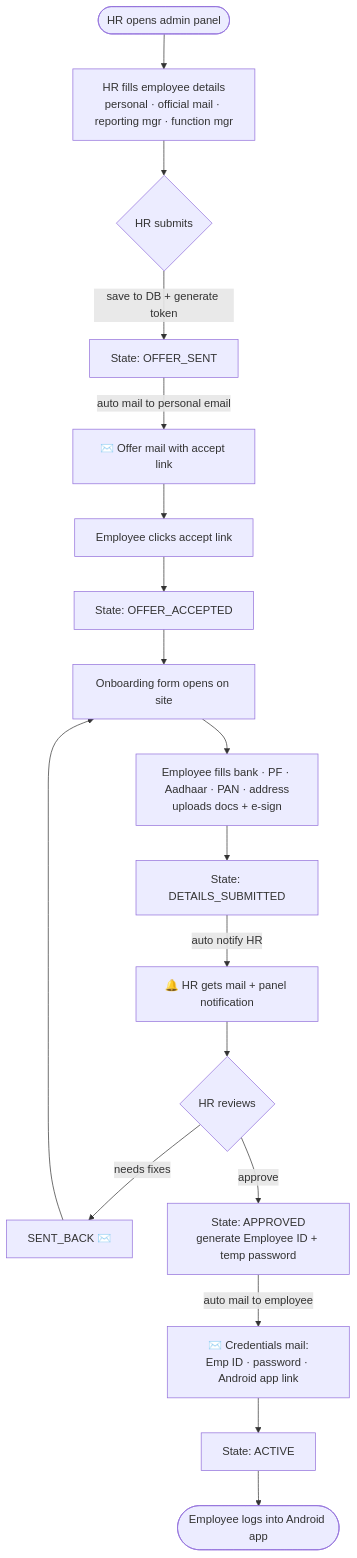
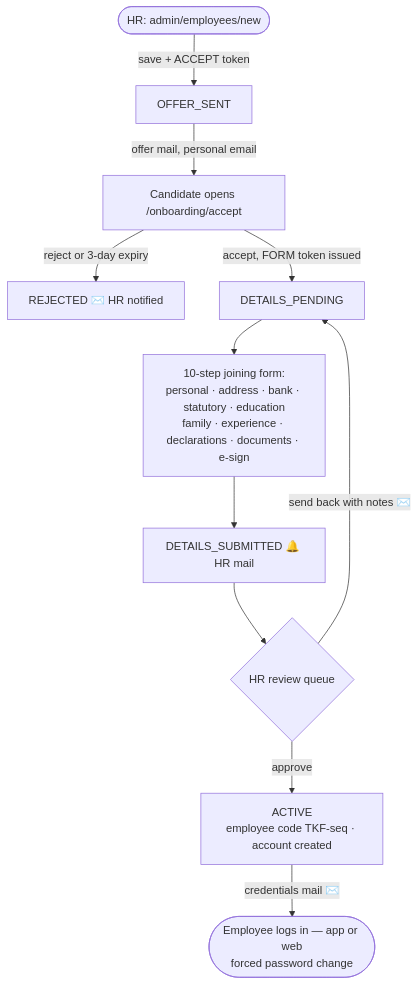
One commit to koustav2/true-hr changed the first of 3 diagrams in HRMS_System_Plan.md. Above: the diagram before and after it, drawn with Mermaid. The commit also changed other lines of this file, not shown here.

````diff
--- a/HRMS_System_Plan.md
+++ b/HRMS_System_Plan.md
@@ -61,19 +65,13 @@
 ```mermaid
 flowchart TD
-    A([HR opens admin panel]) --> B[HR fills employee details<br/>personal · official mail · reporting mgr · function mgr]
-    B --> C{HR submits}
-    C -->|save to DB + generate token| D[State: OFFER_SENT]
-    D -->|auto mail to personal email| E[✉️ Offer mail with accept link]
-    E --> F[Employee clicks accept link]
-    F --> G[State: OFFER_ACCEPTED]
-    G --> H[Onboarding form opens on site]
-    H --> I[Employee fills bank · PF · Aadhaar · PAN · address<br/>uploads docs + e-sign]
-    I --> J[State: DETAILS_SUBMITTED]
-    J -->|auto notify HR| K[🔔 HR gets mail + panel notification]
-    K --> L{HR reviews}
-    L -->|needs fixes| M[SENT_BACK ✉️] --> H
-    L -->|approve| N[State: APPROVED<br/>generate Employee ID + temp password]
-    N -->|auto mail to employee| O[✉️ Credentials mail:<br/>Emp ID · password · Android app link]
-    O --> P[State: ACTIVE]
-    P --> Q([Employee logs into Android app])
+    A([HR: admin/employees/new]) -->|save + ACCEPT token| B[OFFER_SENT]
+    B -->|offer mail, personal email| C[Candidate opens /onboarding/accept]
+    C -->|reject or 3-day expiry| R[REJECTED ✉️ HR notified]
+    C -->|accept, FORM token issued| D[DETAILS_PENDING]
+    D --> E[10-step joining form:<br/>personal · address · bank · statutory · education<br/>family · experience · declarations · documents · e-sign]
+    E --> F[DETAILS_SUBMITTED 🔔 HR mail]
+    F --> G{HR review queue}
+    G -->|send back with notes ✉️| D
+    G -->|approve| H[ACTIVE<br/>employee code TKF-seq · account created]
+    H -->|credentials mail ✉️| I([Employee logs in — app or web<br/>forced password change])
 ```
````
